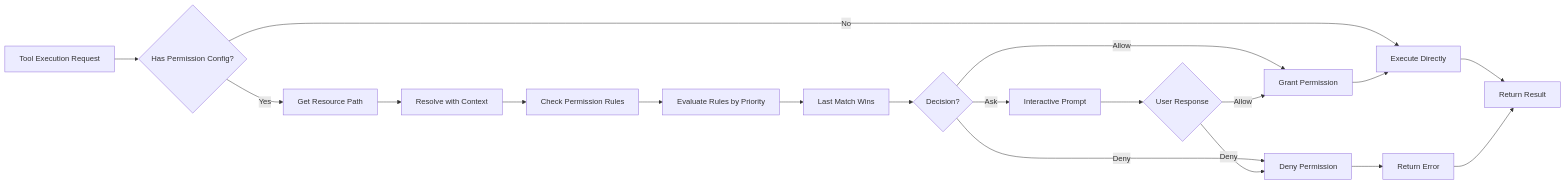
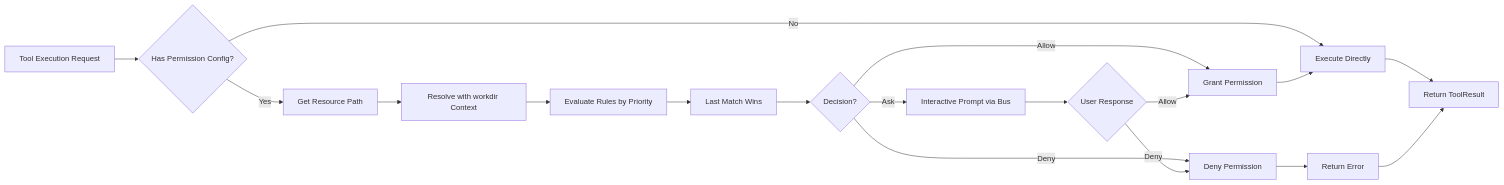
The seventh of 7 diagrams in docs/ARCHITECTURE.md (ausardcompany/alexi), drawn with Mermaid before and after one commit. The commit also changed other lines of this file and 6 other files, not shown here.

````diff
--- a/docs/ARCHITECTURE.md
+++ b/docs/ARCHITECTURE.md
@@ -208,26 +520,25 @@
 ```mermaid
 flowchart LR
     ToolExec[Tool Execution Request] --> HasPerm{Has Permission Config?}
     HasPerm -->|Yes| GetResource[Get Resource Path]
     HasPerm -->|No| DirectExec[Execute Directly]
     
-    GetResource --> ResolveCtx[Resolve with Context]
-    ResolveCtx --> CheckRules[Check Permission Rules]
+    GetResource --> ResolveCtx[Resolve with workdir Context]
+    ResolveCtx --> CheckRules[Evaluate Rules by Priority]
     
-    CheckRules --> EvalRules[Evaluate Rules by Priority]
-    EvalRules --> LastMatch[Last Match Wins]
+    CheckRules --> LastMatch[Last Match Wins]
     
     LastMatch --> Decision{Decision?}
     Decision -->|Allow| Grant[Grant Permission]
     Decision -->|Deny| Reject[Deny Permission]
-    Decision -->|Ask| Interactive[Interactive Prompt]
+    Decision -->|Ask| Interactive[Interactive Prompt via Bus]
     
     Interactive --> UserResp{User Response}
     UserResp -->|Allow| Grant
     UserResp -->|Deny| Reject
     
     Grant --> DirectExec
     Reject --> RetErr[Return Error]
-    DirectExec --> Result[Return Result]
+    DirectExec --> Result[Return ToolResult]
     RetErr --> Result
 ```
````
